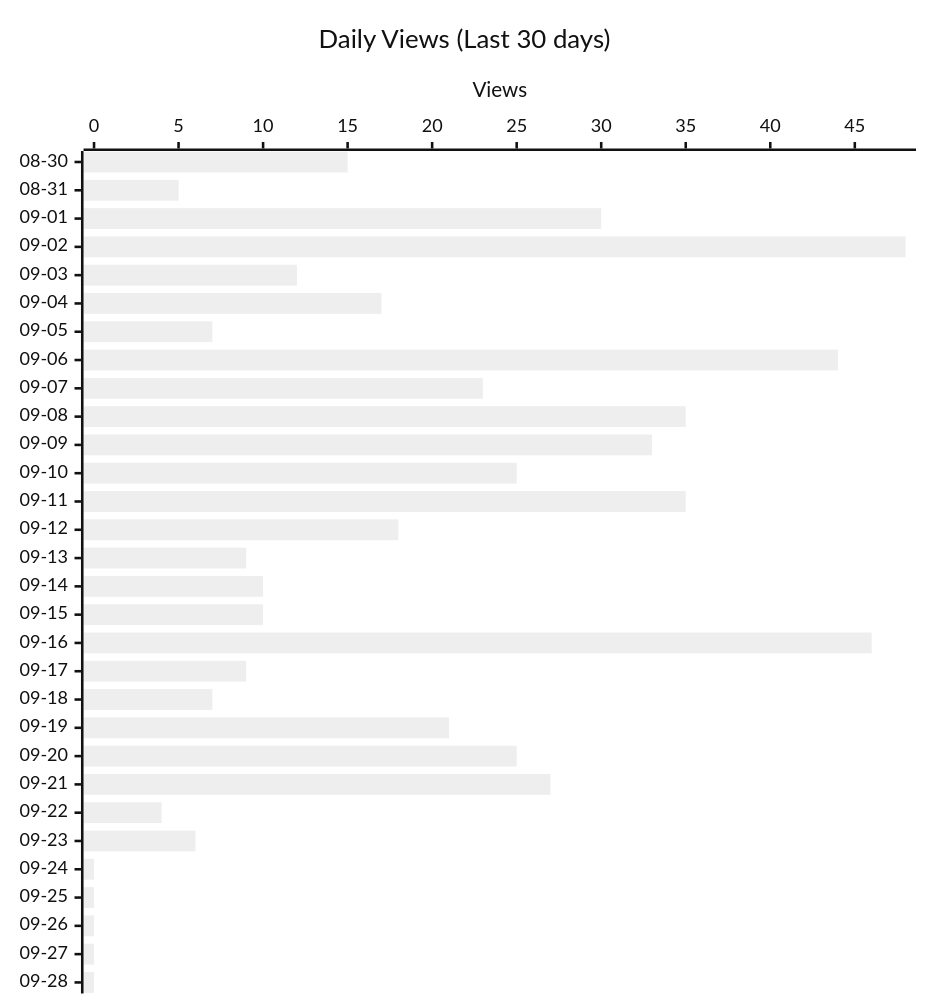
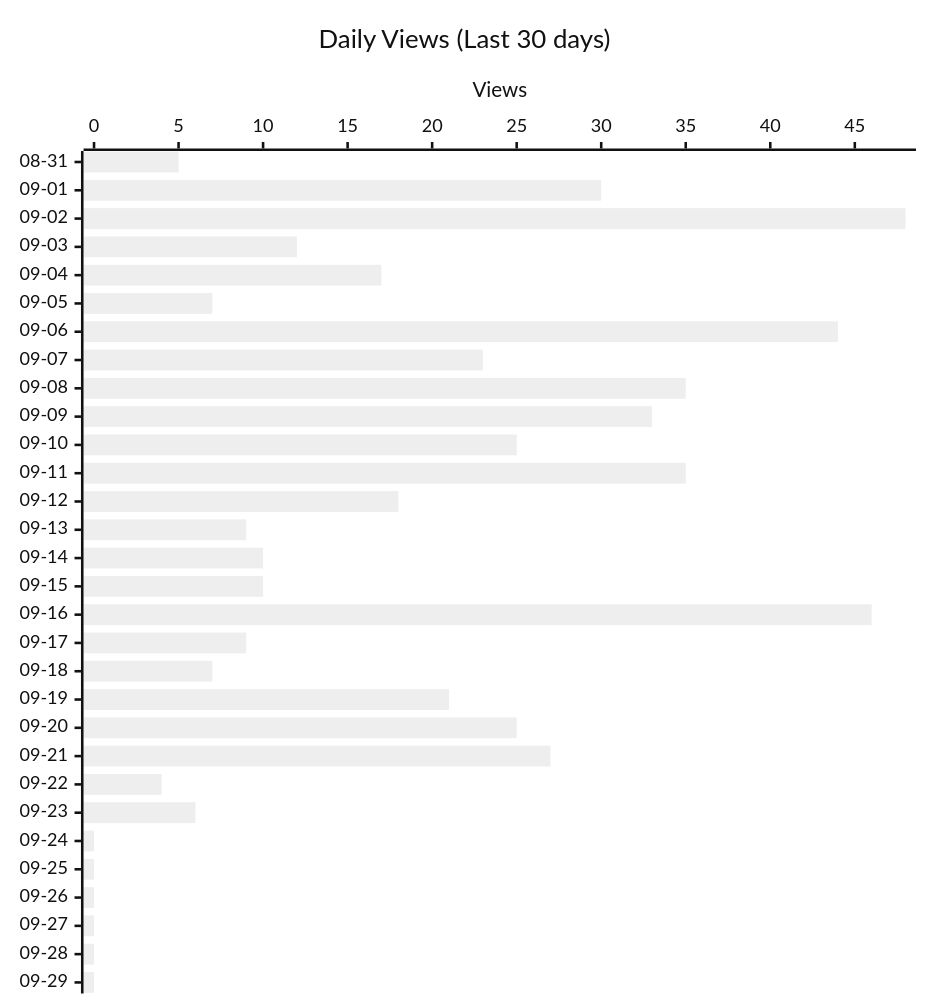
Before and after one commit to shigechika/github-insights: the second of 4 diagrams in README.md, drawn with Mermaid (neutral theme). The commit also changed other lines of this file and 2 other files, not shown here.

````diff
--- a/README.md
+++ b/README.md
@@ -28,12 +28,12 @@
 ```mermaid
 ---
 config:
   xyChart:
     height: 760
 ---
 xychart-beta horizontal
     title "Daily Views (Last 30 days)"
-    x-axis ["08-30", "08-31", "09-01", "09-02", "09-03", "09-04", "09-05", "09-06", "09-07", "09-08", "09-09", "09-10", "09-11", "09-12", "09-13", "09-14", "09-15", "09-16", "09-17", "09-18", "09-19", "09-20", "09-21", "09-22", "09-23", "09-24", "09-25", "09-26", "09-27", "09-28"]
+    x-axis ["08-31", "09-01", "09-02", "09-03", "09-04", "09-05", "09-06", "09-07", "09-08", "09-09", "09-10", "09-11", "09-12", "09-13", "09-14", "09-15", "09-16", "09-17", "09-18", "09-19", "09-20", "09-21", "09-22", "09-23", "09-24", "09-25", "09-26", "09-27", "09-28", "09-29"]
     y-axis "Views"
-    bar [15, 5, 30, 48, 12, 17, 7, 44, 23, 35, 33, 25, 35, 18, 9, 10, 10, 46, 9, 7, 21, 25, 27, 4, 6, 0, 0, 0, 0, 0]
+    bar [5, 30, 48, 12, 17, 7, 44, 23, 35, 33, 25, 35, 18, 9, 10, 10, 46, 9, 7, 21, 25, 27, 4, 6, 0, 0, 0, 0, 0, 0]
 ```
````
